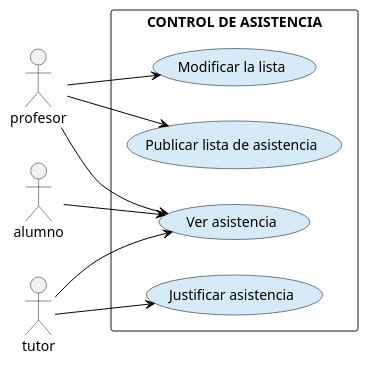
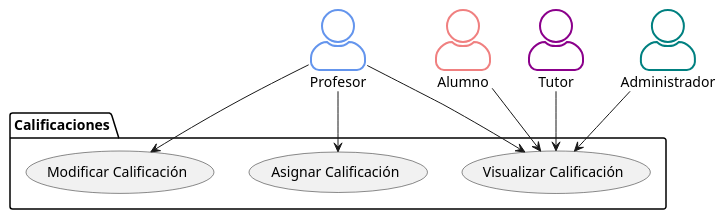
One commit to ivonne-br/Gestion-Escolar changed the diagram in Calificaciones/calificaciones.puml. Above: the diagram before and after it, drawn with PlantUML. The commit also changed 13 other files, not shown here.

Commit message:
Agrego casos de uso jutno con sus diagramas de secuencia

```diff
--- a/Calificaciones/calificaciones.puml
+++ b/Calificaciones/calificaciones.puml
@@ -1,30 +1,22 @@
-@startuml
-left to right direction
-skinparam usecase {
-  BackgroundColor #D6EAF8
-  BorderColor Black
-  ArrowColor Black
+@startuml calificaiones
+
+skinparam actorStyle awesome
+actor Profesor #transparent;line:cornflowerblue;line.bold;text:black
+actor Alumno #transparent;line:lightcoral;line.bold;text:black
+actor Tutor #transparent;line:darkmagenta;line.bold;text:black
+actor Administrador #transparent;line:teal;line.bold;text:black
+
+package Calificaciones {
+  usecase "Asignar Calificación" as CU1 
+  usecase "Visualizar Calificación" as CU2 
+  usecase "Modificar Calificación" as CU3 
 }
-
-actor profesor
-actor alumno
-actor tutor
-
-rectangle "CONTROL DE ASISTENCIA" {
-  usecase "Ver asistencia" as VA
-  usecase "Justificar asistencia" as JA
-  usecase "Modificar la lista" as ML
-  usecase "Publicar lista de asistencia" as PL
-}
-
-profesor --> VA
-profesor --> ML
-profesor --> PL
-
-alumno --> VA
-
-tutor --> JA
-tutor --> VA
-
+'Calificaciones
+Profesor --> CU1
+Profesor --> CU2
+Profesor --> CU3
+Alumno --> CU2
+Tutor --> CU2
+Administrador --> CU2
 
 @enduml
```
